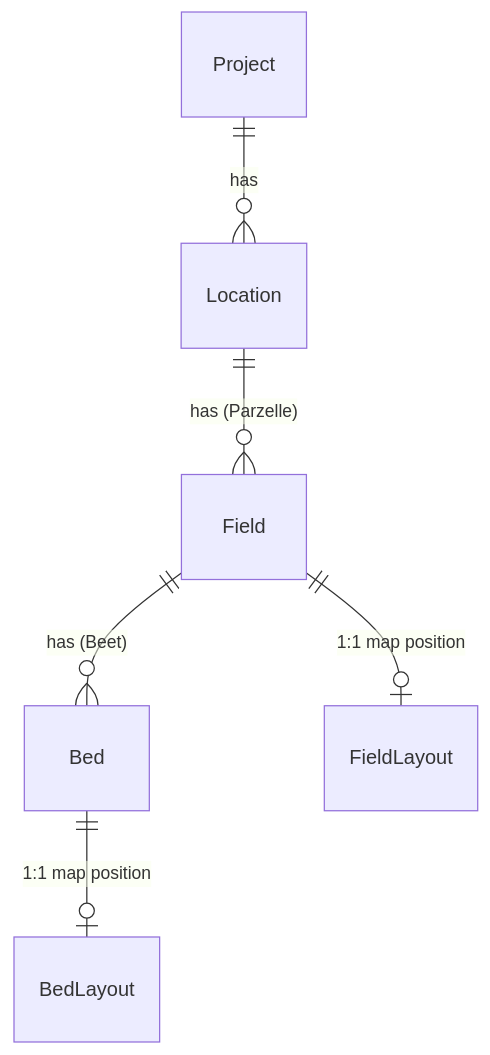
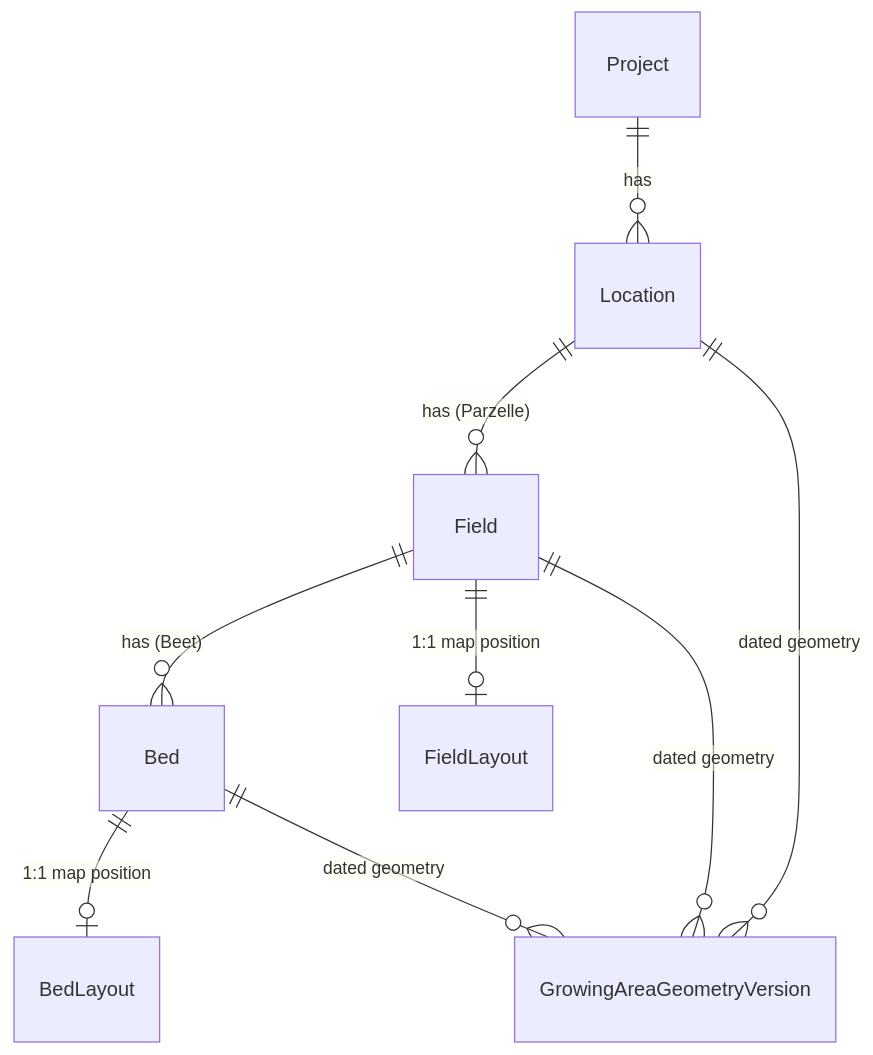
One commit to OpenFarmPlanner/planner changed the second of 7 diagrams in docs/data-model.md. Above: the diagram before and after it, drawn with Mermaid. The commit also changed other lines of this file and 17 other files, not shown here.

First line of the commit message:
refactor(areas): record dated growing-area geometry versions (#1742)

````diff
--- a/docs/data-model.md
+++ b/docs/data-model.md
@@ -99,8 +99,11 @@
 ```mermaid
 erDiagram
     Project ||--o{ Location : has
     Location ||--o{ Field : "has (Parzelle)"
     Field ||--o{ Bed : "has (Beet)"
     Bed ||--o| BedLayout : "1:1 map position"
     Field ||--o| FieldLayout : "1:1 map position"
+    Location ||--o{ GrowingAreaGeometryVersion : "dated geometry"
+    Field ||--o{ GrowingAreaGeometryVersion : "dated geometry"
+    Bed ||--o{ GrowingAreaGeometryVersion : "dated geometry"
 ```
````
